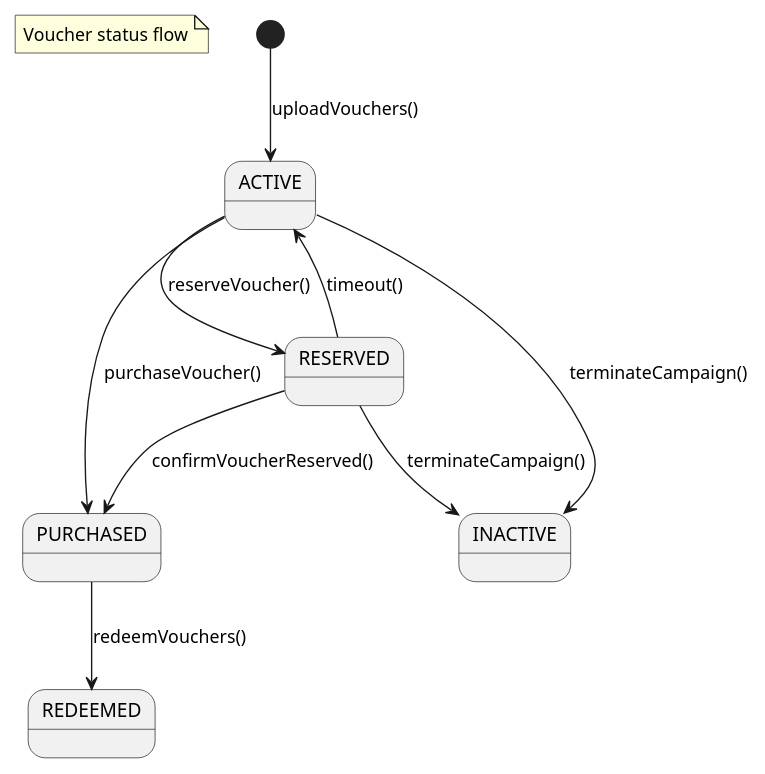
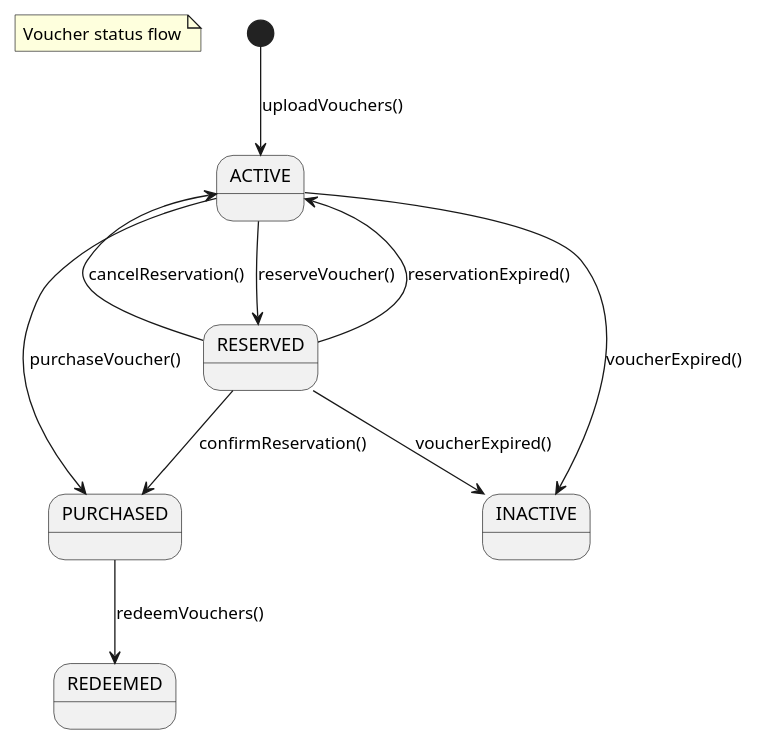
One commit to rinaudosal/voucher-service changed the diagram in src/main/resources/workFlow.puml. Above: the diagram before and after it, drawn with PlantUML. The commit also changed 17 other files, not shown here.

Commit message:
DL-302 - TNDTKID | VCH | Reservation expiration and recovery from timeouts - Add scheduled Job to rollback vouchers with reservation expired - Add expiryTimeReservation field to voucher-type configuration - Add configuration fields to manage the interval of the execution of the job

```diff
--- a/src/main/resources/workFlow.puml
+++ b/src/main/resources/workFlow.puml
@@ -1,18 +1,19 @@
 @startuml
 scale 500 width
 
 note "Voucher status flow" as N1
 
 [*] --> ACTIVE : uploadVouchers()
 
+ACTIVE --> RESERVED : reserveVoucher()
 ACTIVE --> PURCHASED : purchaseVoucher()
-ACTIVE --> RESERVED : reserveVoucher()
 
-RESERVED --> ACTIVE : timeout()
-RESERVED --> PURCHASED : confirmVoucherReserved()
+RESERVED --> ACTIVE : reservationExpired()
+RESERVED --> ACTIVE : cancelReservation()
+RESERVED --> PURCHASED : confirmReservation()
 PURCHASED --> REDEEMED : redeemVouchers()
 
-ACTIVE --> INACTIVE : terminateCampaign()
-RESERVED --> INACTIVE : terminateCampaign()
+ACTIVE --> INACTIVE : voucherExpired()
+RESERVED --> INACTIVE : voucherExpired()
 
 @enduml
```
